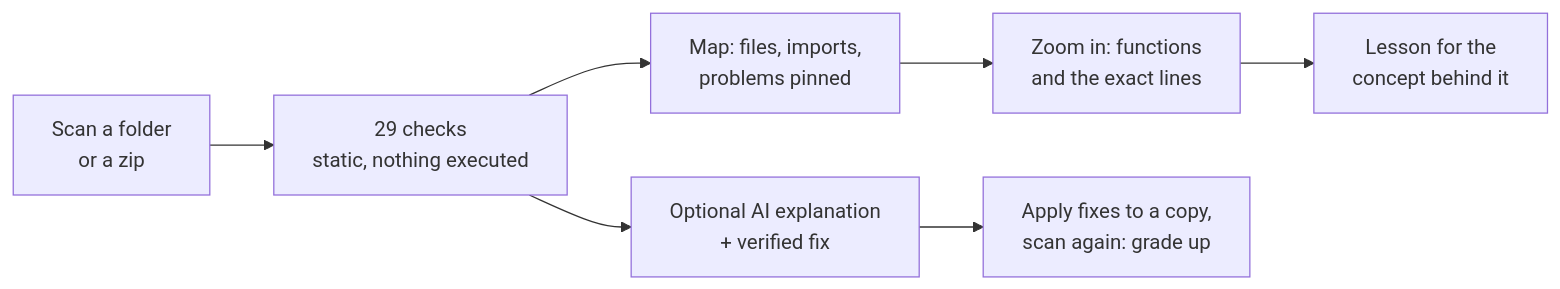
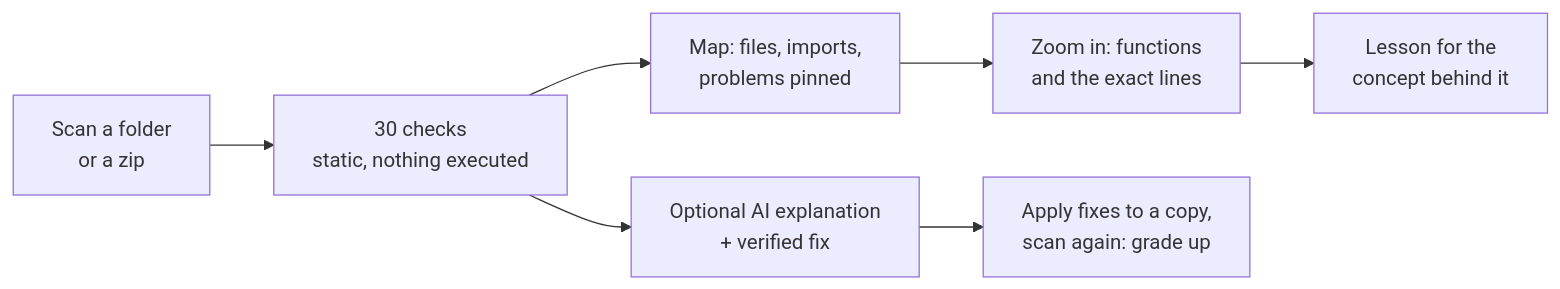
One commit to OmarAbuLayla/shipshape changed the diagram in README.md. Above: the diagram before and after it, drawn with Mermaid. The commit also changed other lines of this file and 34 other files, not shown here.

````diff
--- a/README.md
+++ b/README.md
@@ -13,9 +13,9 @@
 ```mermaid
 flowchart LR
-    A[Scan a folder<br/>or a zip] --> B[29 checks<br/>static, nothing executed]
+    A[Scan a folder<br/>or a zip] --> B[30 checks<br/>static, nothing executed]
     B --> C[Map: files, imports,<br/>problems pinned]
     C --> D[Zoom in: functions<br/>and the exact lines]
     B --> E[Optional AI explanation<br/>+ verified fix]
     E --> F[Apply fixes to a copy,<br/>scan again: grade up]
     D --> G[Lesson for the<br/>concept behind it]
 ```
````
